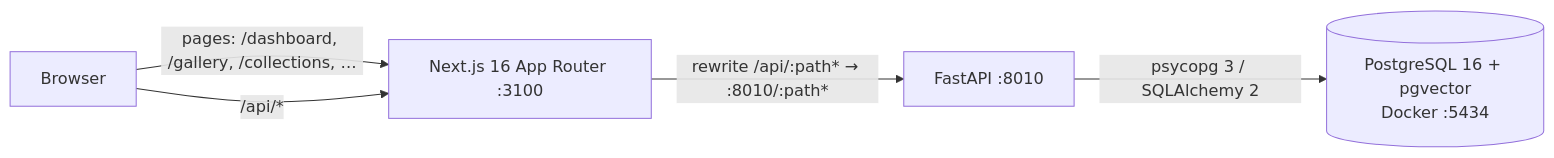
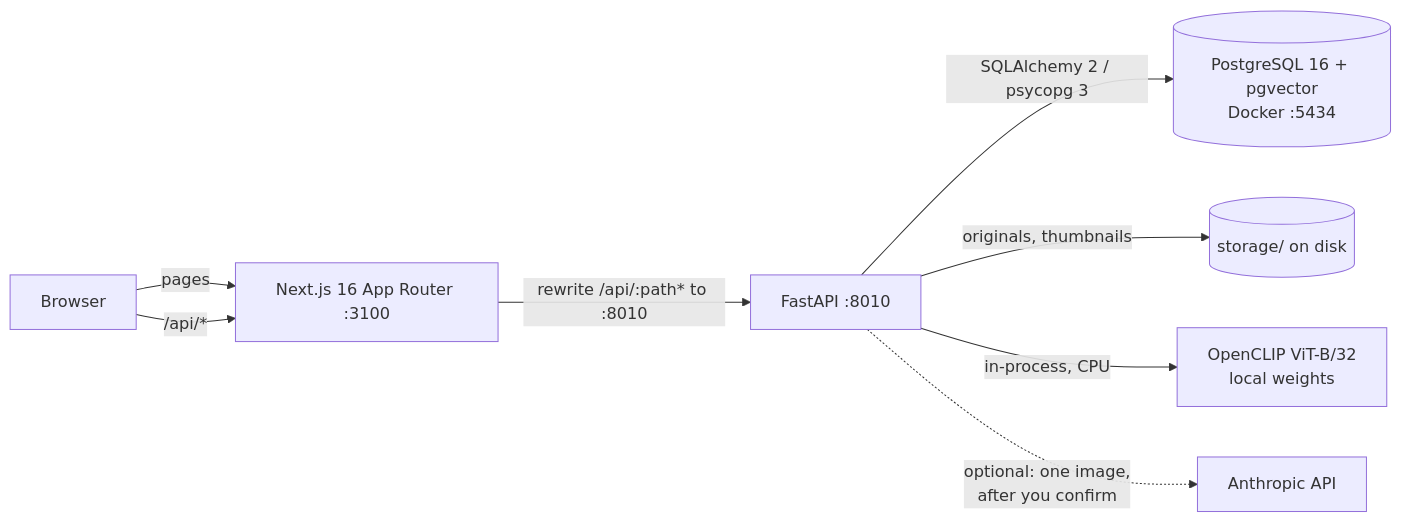
Before and after one commit to BHUMIKA-VV/thread-fashion-second-brain: the first of 2 diagrams in README.md, drawn with Mermaid. The commit also changed other lines of this file and 30 other files, not shown here.

````diff
--- a/README.md
+++ b/README.md
@@ -21,7 +35,10 @@
 ```mermaid
 flowchart LR
-  B[Browser] -->|"pages: /dashboard, /gallery, /collections, …"| N[Next.js 16 App Router :3100]
+  B[Browser] -->|"pages"| N["Next.js 16 App Router :3100"]
   B -->|"/api/*"| N
-  N -->|"rewrite /api/:path* → :8010/:path*"| F[FastAPI :8010]
-  F -->|"psycopg 3 / SQLAlchemy 2"| P[(PostgreSQL 16 + pgvector<br/>Docker :5434)]
+  N -->|"rewrite /api/:path* to :8010"| F[FastAPI :8010]
+  F -->|"SQLAlchemy 2 / psycopg 3"| P[("PostgreSQL 16 + pgvector<br/>Docker :5434")]
+  F -->|"originals, thumbnails"| S[("storage/ on disk")]
+  F -->|"in-process, CPU"| M["OpenCLIP ViT-B/32<br/>local weights"]
+  F -.->|"optional: one image,<br/>after you confirm"| A["Anthropic API"]
 ```
````
